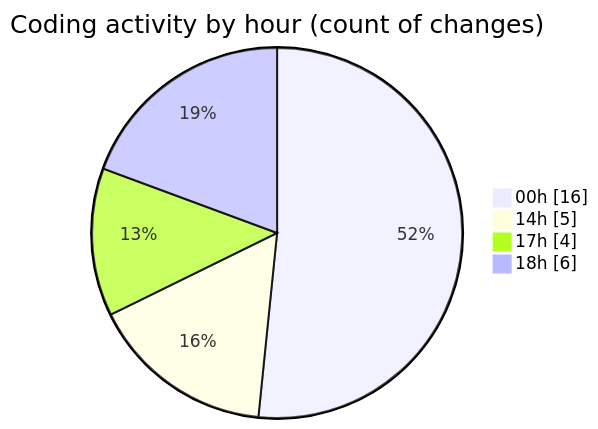
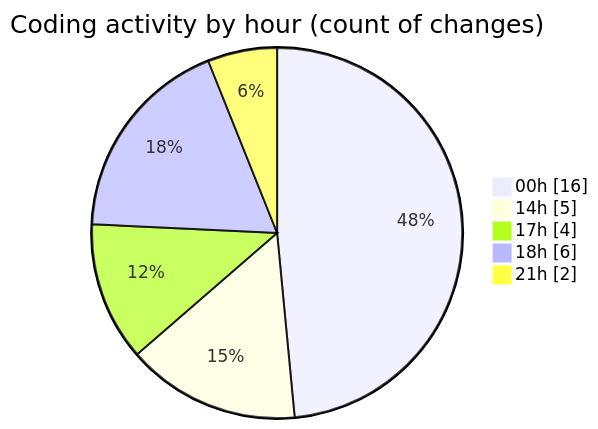
One commit to EIIisD/code-tracking changed the second of 2 diagrams in 2025-08-01/tw-server/README.md. Above: the diagram before and after it, drawn with Mermaid. The commit also changed other lines of this file and 1 other file, not shown here.

````diff
--- a/2025-08-01/tw-server/README.md
+++ b/2025-08-01/tw-server/README.md
@@ -36,8 +37,9 @@
 ```mermaid
 pie showData
 title Coding activity by hour (count of changes)
 "00h" : 16
 "14h" : 5
 "17h" : 4
 "18h" : 6
+"21h" : 2
 ```
````
